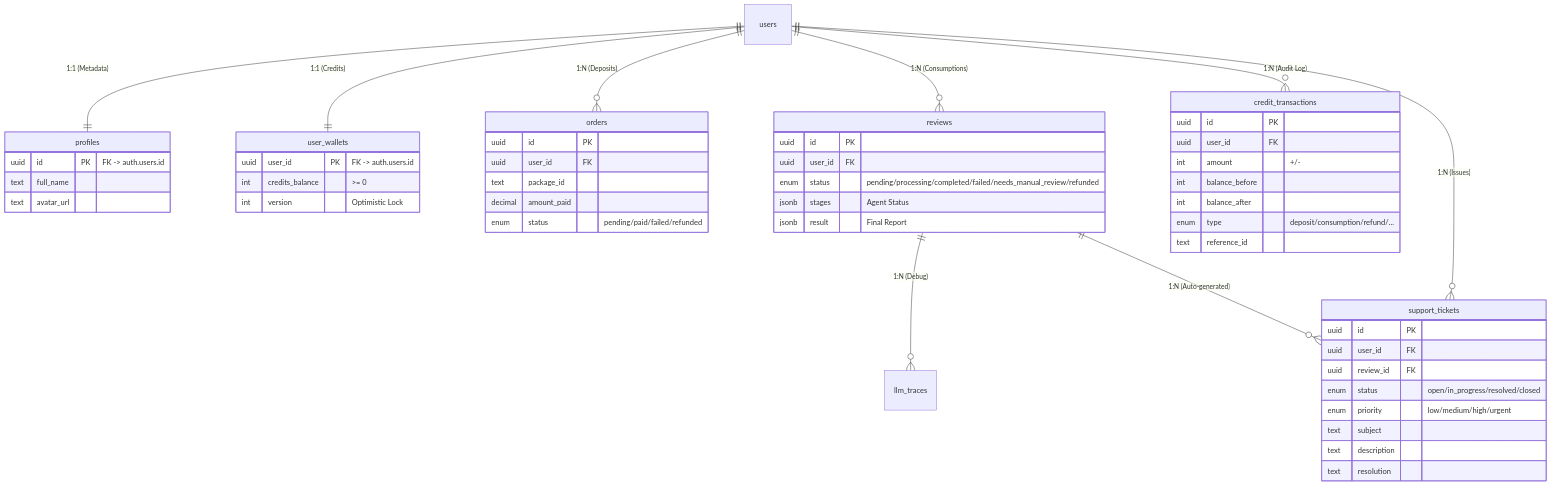
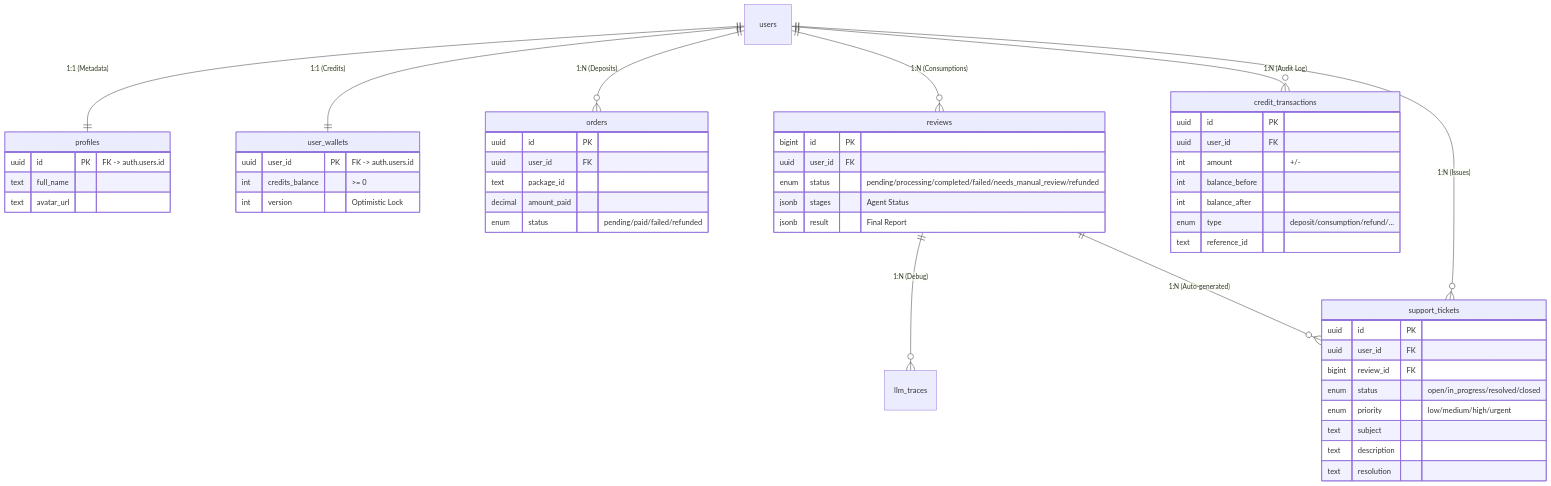
One commit to winsonsd1123/thesis-anno-public changed the diagram in docs/AI_Thesis_Review_Database_Schema_v2.0.md. Above: the diagram before and after it, drawn with Mermaid. The commit also changed other lines of this file and 9 other files, not shown here.

````diff
--- a/docs/AI_Thesis_Review_Database_Schema_v2.0.md
+++ b/docs/AI_Thesis_Review_Database_Schema_v2.0.md
@@ -22,61 +22,61 @@
 ```mermaid
 erDiagram
     users ||--|| profiles : "1:1 (Metadata)"
     users ||--|| user_wallets : "1:1 (Credits)"
     users ||--o{ orders : "1:N (Deposits)"
     users ||--o{ reviews : "1:N (Consumptions)"
     users ||--o{ credit_transactions : "1:N (Audit Log)"
     users ||--o{ support_tickets : "1:N (Issues)"
     
     reviews ||--o{ llm_traces : "1:N (Debug)"
     reviews ||--o{ support_tickets : "1:N (Auto-generated)"
     
     profiles {
         uuid id PK "FK -> auth.users.id"
         text full_name
         text avatar_url
     }
 
     user_wallets {
         uuid user_id PK "FK -> auth.users.id"
         int credits_balance ">= 0"
         int version "Optimistic Lock"
     }
 
     orders {
         uuid id PK
         uuid user_id FK
         text package_id
         decimal amount_paid
         enum status "pending/paid/failed/refunded"
     }
 
     credit_transactions {
         uuid id PK
         uuid user_id FK
         int amount "+/-"
         int balance_before
         int balance_after
         enum type "deposit/consumption/refund/..."
         text reference_id
     }
 
     reviews {
-        uuid id PK
+        bigint id PK
         uuid user_id FK
         enum status "pending/processing/completed/failed/needs_manual_review/refunded"
         jsonb stages "Agent Status"
         jsonb result "Final Report"
     }
 
     support_tickets {
         uuid id PK
         uuid user_id FK
-        uuid review_id FK
+        bigint review_id FK
         enum status "open/in_progress/resolved/closed"
         enum priority "low/medium/high/urgent"
         text subject
         text description
         text resolution
     }
 ```
````
